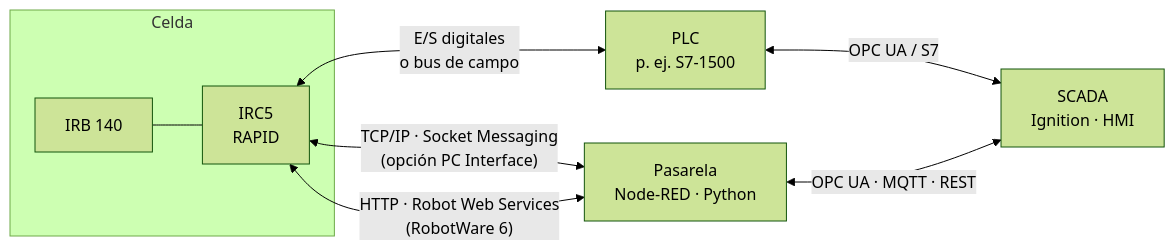
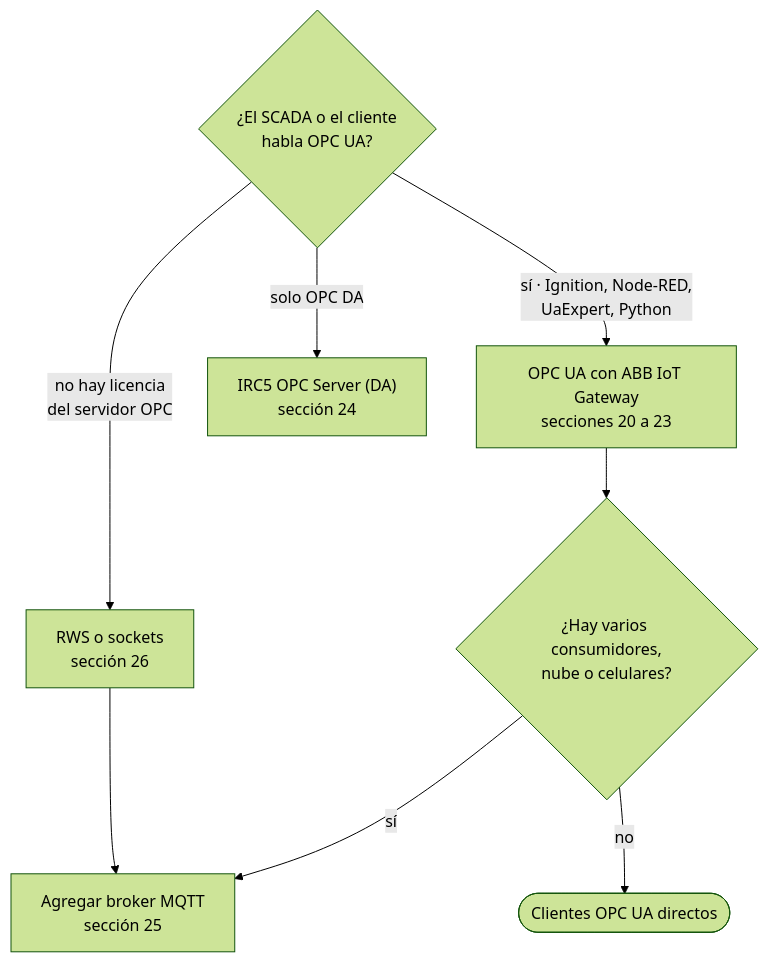
Diagram 14 of 24 in README.md (Nicolas-Eule/SCADA_LabSIR), drawn with Mermaid (forest theme) before and after one commit. The commit also changed other lines of this file, not shown here.

Commit message:
Update SCADA

````diff
--- a/README.md
+++ b/README.md
@@ -1216,11 +1342,11 @@
 ```mermaid
-flowchart LR
-    subgraph CELDA["Celda"]
-        R["IRB 140"] --- C["IRC5<br/>RAPID"]
-    end
-    C <-- "E/S digitales<br/>o bus de campo" --> PLC["PLC<br/>p. ej. S7-1500"]
-    C <-- "TCP/IP · Socket Messaging<br/>(opción PC Interface)" --> GW["Pasarela<br/>Node-RED · Python"]
-    C <-- "HTTP · Robot Web Services<br/>(RobotWare 6)" --> GW
-    PLC <-- "OPC UA / S7" --> SC["SCADA<br/>Ignition · HMI"]
-    GW <-- "OPC UA · MQTT · REST" --> SC
+flowchart TD
+    Q1{"¿El SCADA o el cliente<br/>habla OPC UA?"}
+    Q1 -- "sí · Ignition, Node-RED,<br/>UaExpert, Python" --> UA["OPC UA con ABB IoT Gateway<br/>secciones 20 a 23"]
+    Q1 -- "solo OPC DA" --> DA["IRC5 OPC Server (DA)<br/>sección 24"]
+    UA --> Q2{"¿Hay varios consumidores,<br/>nube o celulares?"}
+    Q2 -- "sí" --> MQ["Agregar broker MQTT<br/>sección 25"]
+    Q2 -- "no" --> FIN(["Clientes OPC UA directos"])
+    Q1 -- "no hay licencia<br/>del servidor OPC" --> RW["RWS o sockets<br/>sección 26"]
+    RW --> MQ
 ```
````
